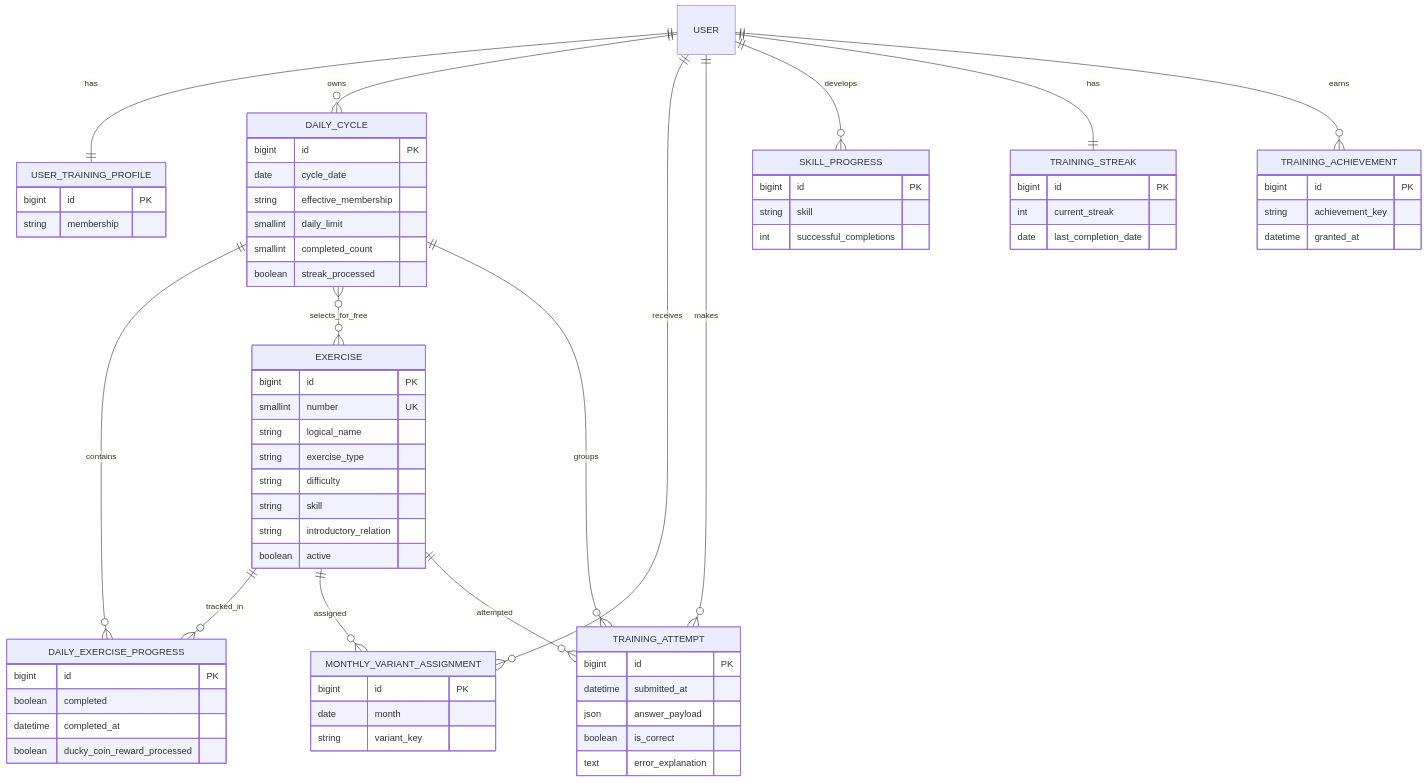
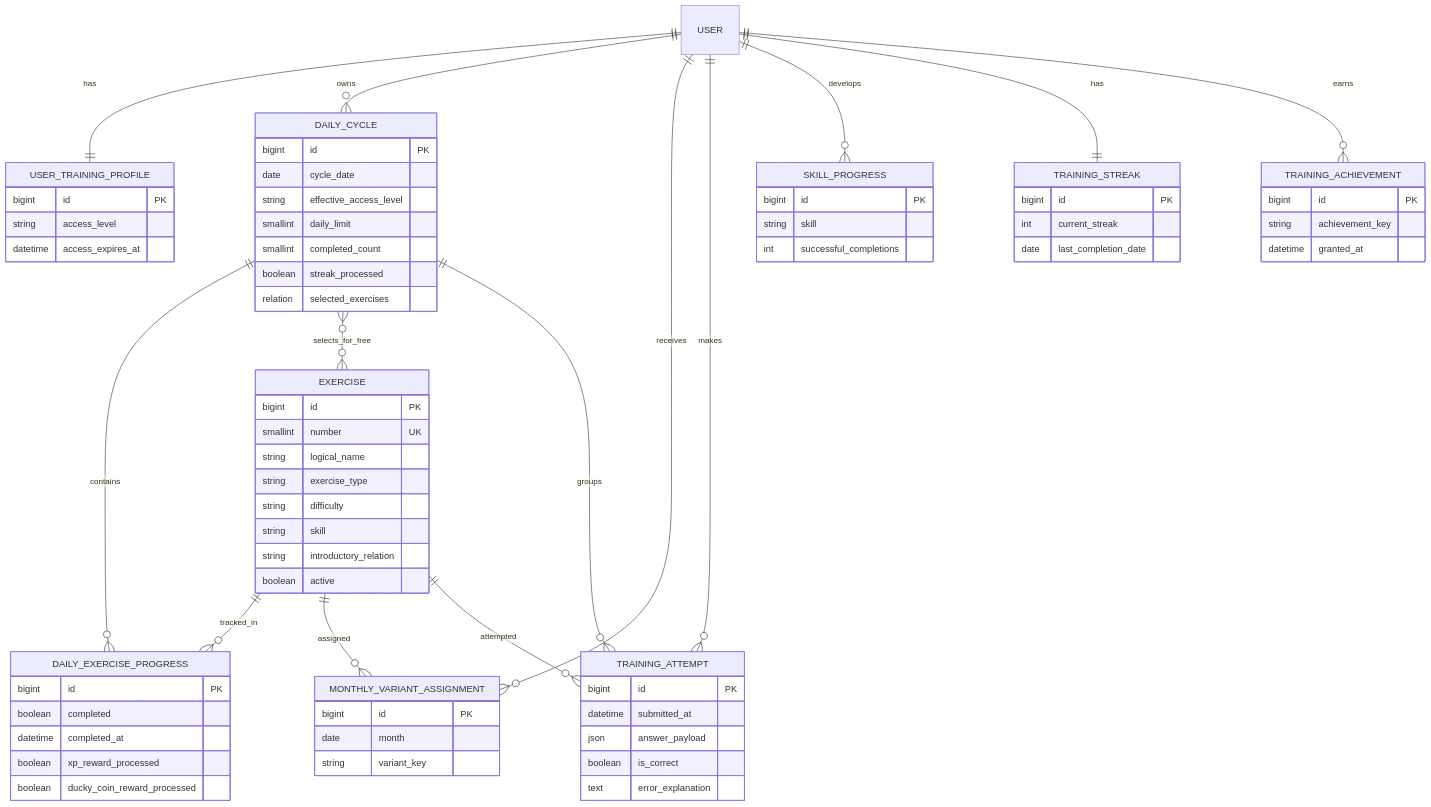
One commit to CWM-du/DuckyTraining changed the diagram in DuckyTraining/docs/ERD.md. Above: the diagram before and after it, drawn with Mermaid. The commit also changed other lines of this file and 34 other files, not shown here.

````diff
--- a/DuckyTraining/docs/ERD.md
+++ b/DuckyTraining/docs/ERD.md
@@ -5,72 +5,75 @@
 ```mermaid
 erDiagram
     USER ||--|| USER_TRAINING_PROFILE : has
     USER ||--o{ DAILY_CYCLE : owns
     USER ||--o{ MONTHLY_VARIANT_ASSIGNMENT : receives
     USER ||--o{ TRAINING_ATTEMPT : makes
     USER ||--o{ SKILL_PROGRESS : develops
     USER ||--|| TRAINING_STREAK : has
     USER ||--o{ TRAINING_ACHIEVEMENT : earns
     DAILY_CYCLE ||--o{ DAILY_EXERCISE_PROGRESS : contains
     DAILY_CYCLE }o--o{ EXERCISE : selects_for_free
     EXERCISE ||--o{ DAILY_EXERCISE_PROGRESS : tracked_in
     EXERCISE ||--o{ MONTHLY_VARIANT_ASSIGNMENT : assigned
     DAILY_CYCLE ||--o{ TRAINING_ATTEMPT : groups
     EXERCISE ||--o{ TRAINING_ATTEMPT : attempted
 
     USER_TRAINING_PROFILE {
         bigint id PK
-        string membership
+        string access_level
+        datetime access_expires_at
     }
     EXERCISE {
         bigint id PK
         smallint number UK
         string logical_name
         string exercise_type
         string difficulty
         string skill
         string introductory_relation
         boolean active
     }
     DAILY_CYCLE {
         bigint id PK
         date cycle_date
-        string effective_membership
+        string effective_access_level
         smallint daily_limit
         smallint completed_count
         boolean streak_processed
+        relation selected_exercises
     }
     DAILY_EXERCISE_PROGRESS {
         bigint id PK
         boolean completed
         datetime completed_at
+        boolean xp_reward_processed
         boolean ducky_coin_reward_processed
     }
     MONTHLY_VARIANT_ASSIGNMENT {
         bigint id PK
         date month
         string variant_key
     }
     TRAINING_ATTEMPT {
         bigint id PK
         datetime submitted_at
         json answer_payload
         boolean is_correct
         text error_explanation
     }
     SKILL_PROGRESS {
         bigint id PK
         string skill
         int successful_completions
     }
     TRAINING_STREAK {
         bigint id PK
         int current_streak
         date last_completion_date
     }
     TRAINING_ACHIEVEMENT {
         bigint id PK
         string achievement_key
         datetime granted_at
     }
 ```
````
